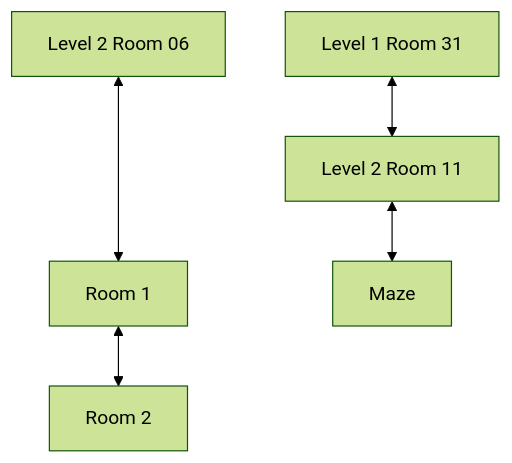
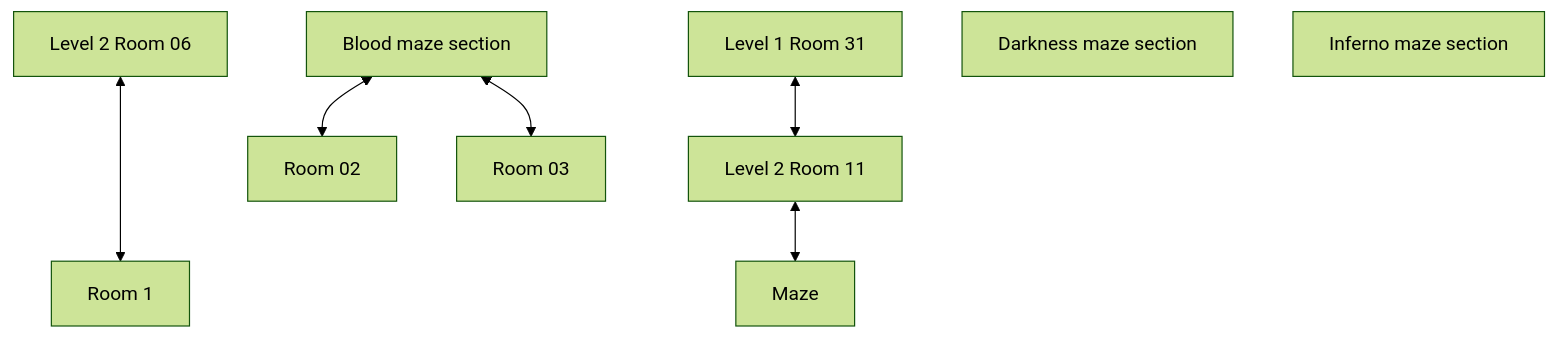
The diagram in Dungeon/Level_03/README.md (SlothBorg/Dungeon23), drawn with Mermaid (forest theme) before and after one commit. The commit also changed 4 other files, not shown here.

````diff
--- a/Dungeon/Level_03/README.md
+++ b/Dungeon/Level_03/README.md
@@ -5,6 +5,11 @@
 ```mermaid
 flowchart TD
     B06[Level 2 Room 06] <---> C1[Room 1]
     A31[Level 1 Room 31] <--> B11[Level 2 Room 11] <--> Maze
-    C1 <--> C2[Room 2]
+    Blood[Blood maze section] <-->C2[Room 02]
+    Blood <--> C3[Room 03]
+    
+    Darkness[Darkness maze section]
+    
+    Inferno[Inferno maze section]
 ```
````
